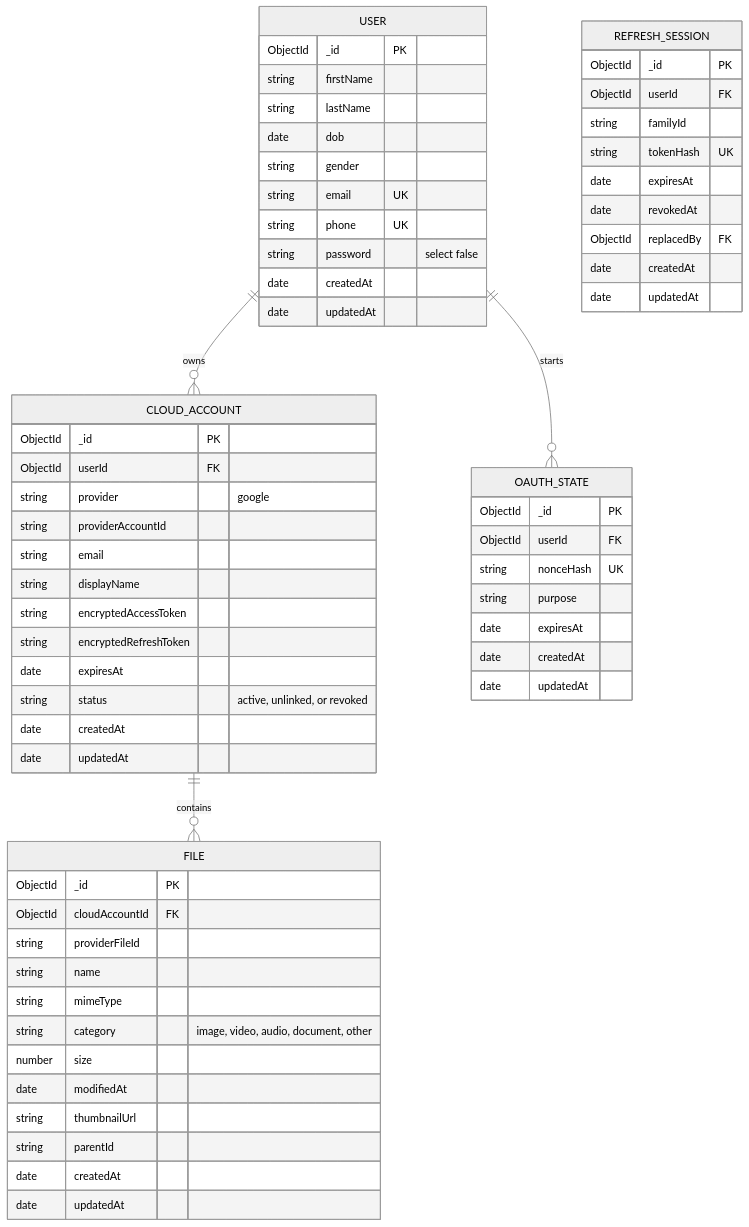
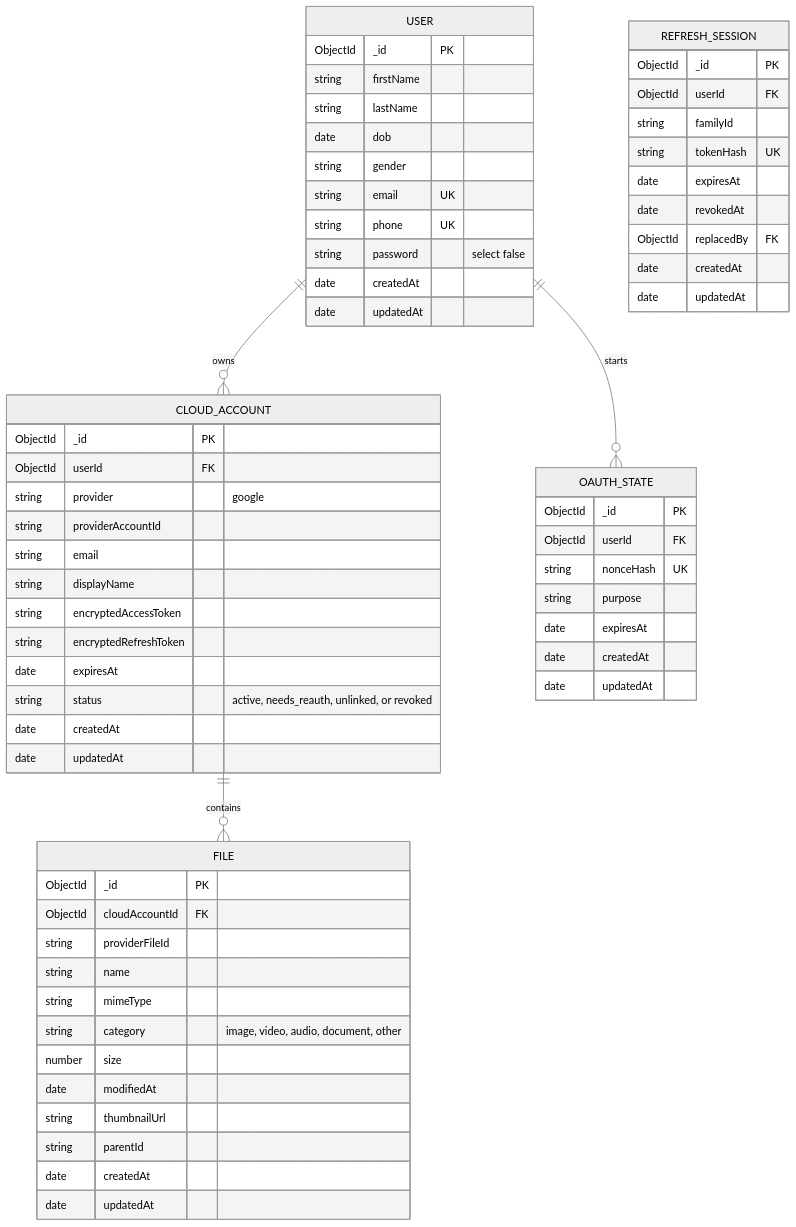
The third of 3 diagrams in architecture.md (AhamedSaifullah/my-drive-nest), drawn with Mermaid (neutral theme) before and after one commit. The commit also changed other lines of this file and 10 other files, not shown here.

````diff
--- a/architecture.md
+++ b/architecture.md
@@ -154,71 +154,71 @@
 ```mermaid
 erDiagram
   USER ||--o{ CLOUD_ACCOUNT : owns
   CLOUD_ACCOUNT ||--o{ FILE : contains
   USER ||--o{ OAUTH_STATE : starts
 
   USER {
     ObjectId _id PK
     string firstName
     string lastName
     date dob
     string gender
     string email UK
     string phone UK
     string password "select false"
     date createdAt
     date updatedAt
   }
 
   CLOUD_ACCOUNT {
     ObjectId _id PK
     ObjectId userId FK
     string provider "google"
     string providerAccountId
     string email
     string displayName
     string encryptedAccessToken
     string encryptedRefreshToken
     date expiresAt
-    string status "active, unlinked, or revoked"
+    string status "active, needs_reauth, unlinked, or revoked"
     date createdAt
     date updatedAt
   }
 
   FILE {
     ObjectId _id PK
     ObjectId cloudAccountId FK
     string providerFileId
     string name
     string mimeType
     string category "image, video, audio, document, other"
     number size
     date modifiedAt
     string thumbnailUrl
     string parentId
     date createdAt
     date updatedAt
   }
 
   REFRESH_SESSION {
     ObjectId _id PK
     ObjectId userId FK
     string familyId
     string tokenHash UK
     date expiresAt
     date revokedAt
     ObjectId replacedBy FK
     date createdAt
     date updatedAt
   }
 
   OAUTH_STATE {
     ObjectId _id PK
     ObjectId userId FK
     string nonceHash UK
     string purpose
     date expiresAt
     date createdAt
     date updatedAt
   }
 ```
````
